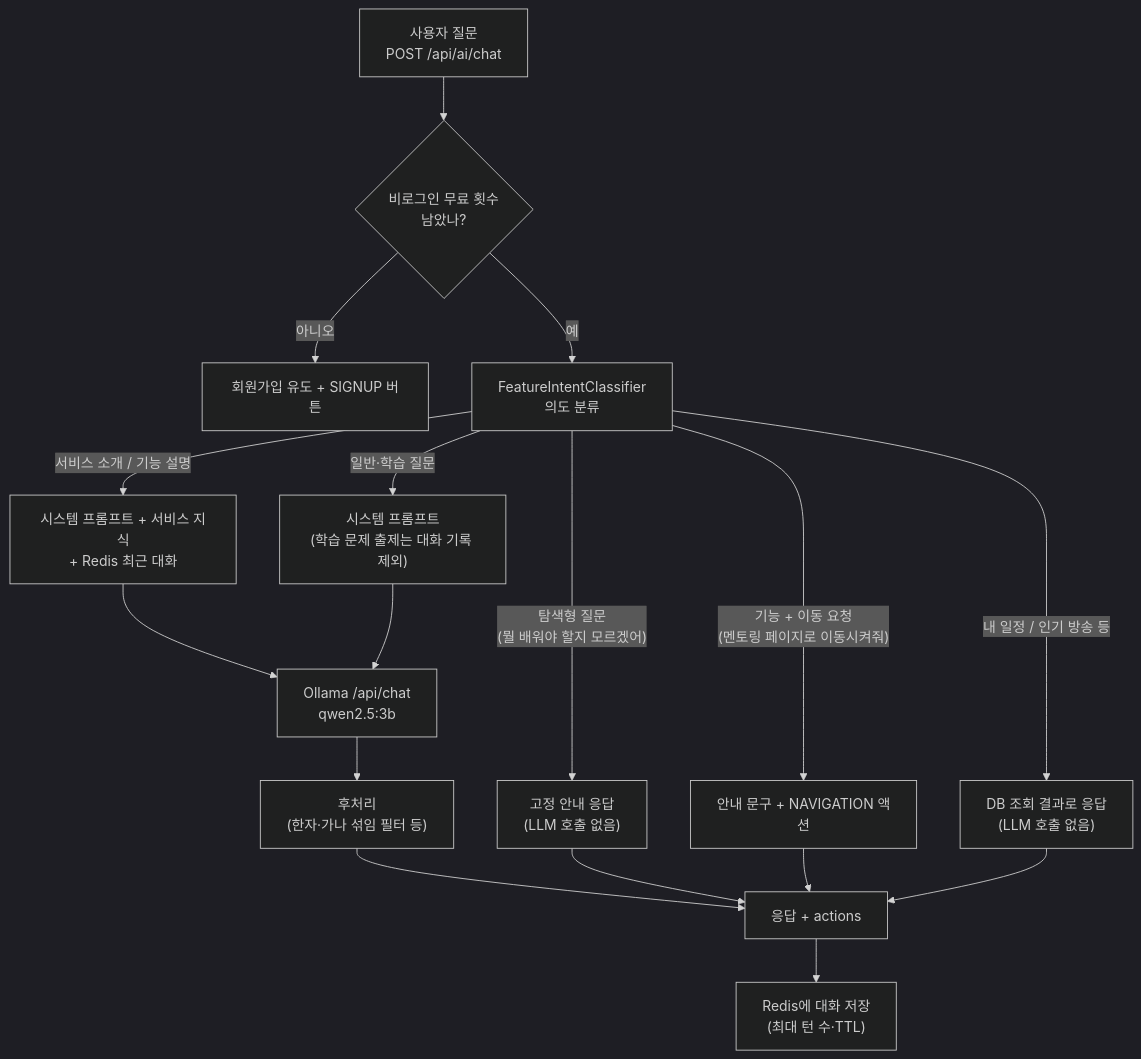
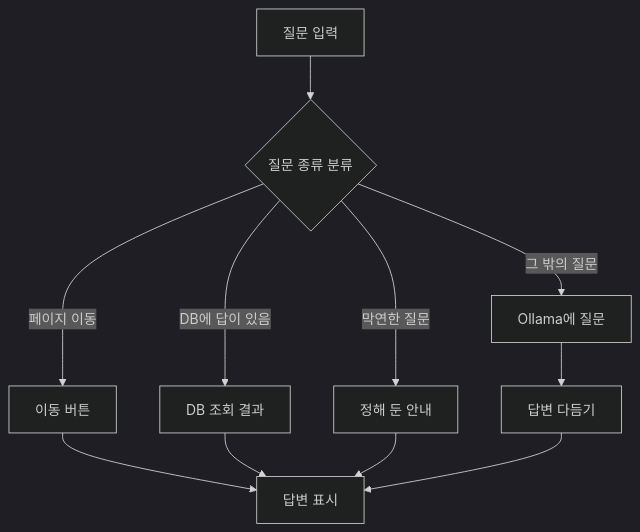
The first of 2 diagrams in docs/FEATURE_FLOWS.md (NullTTa/easys), drawn with Mermaid (dark theme) before and after one commit. The commit also changed other lines of this file and 4 other files, not shown here.

````diff
--- a/docs/FEATURE_FLOWS.md
+++ b/docs/FEATURE_FLOWS.md
@@ -7,19 +19,13 @@
 ```mermaid
 flowchart TD
-    Q["사용자 질문<br/>POST /api/ai/chat"] --> G{"비로그인 무료 횟수<br/>남았나?"}
-    G -- "아니오" --> SU["회원가입 유도 + SIGNUP 버튼"]
-    G -- "예" --> C["FeatureIntentClassifier<br/>의도 분류"]
-    C -->|"탐색형 질문<br/>(뭘 배워야 할지 모르겠어)"| F1["고정 안내 응답<br/>(LLM 호출 없음)"]
-    C -->|"기능 + 이동 요청<br/>(멘토링 페이지로 이동시켜줘)"| F2["안내 문구 + NAVIGATION 액션"]
-    C -->|"내 일정 / 인기 방송 등"| F3["DB 조회 결과로 응답<br/>(LLM 호출 없음)"]
-    C -->|"서비스 소개 / 기능 설명"| L1["시스템 프롬프트 + 서비스 지식<br/>+ Redis 최근 대화"]
-    C -->|"일반·학습 질문"| L2["시스템 프롬프트<br/>(학습 문제 출제는 대화 기록 제외)"]
-    L1 --> O["Ollama /api/chat<br/>qwen2.5:3b"]
-    L2 --> O
-    O --> P["후처리<br/>(한자·가나 섞임 필터 등)"]
-    P --> R["응답 + actions"]
-    F1 --> R
-    F2 --> R
-    F3 --> R
-    R --> S["Redis에 대화 저장<br/>(최대 턴 수·TTL)"]
+    Q["질문 입력"] --> C{"질문 종류 분류"}
+    C -->|"페이지 이동"| A1["이동 버튼"]
+    C -->|"DB에 답이 있음"| A2["DB 조회 결과"]
+    C -->|"막연한 질문"| A3["정해 둔 안내"]
+    C -->|"그 밖의 질문"| AI["Ollama에 질문"]
+    AI --> F["답변 다듬기"]
+    A1 --> R["답변 표시"]
+    A2 --> R
+    A3 --> R
+    F --> R
 ```
````
